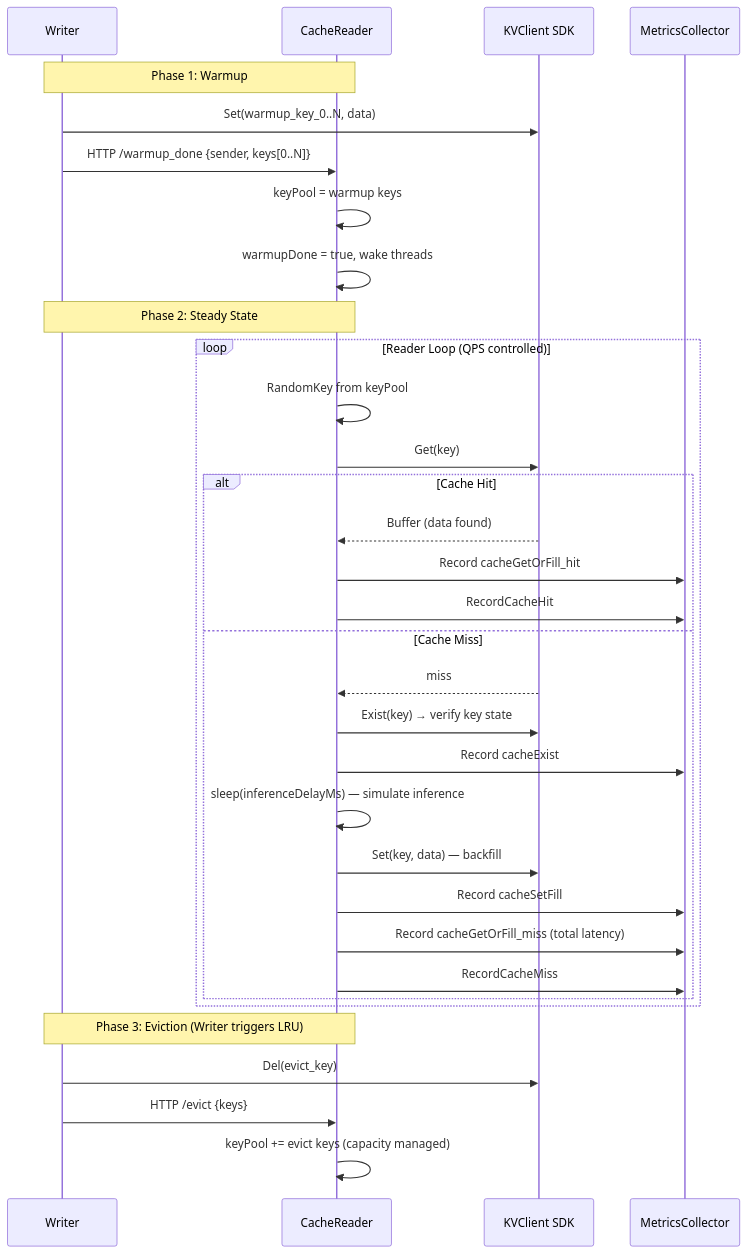
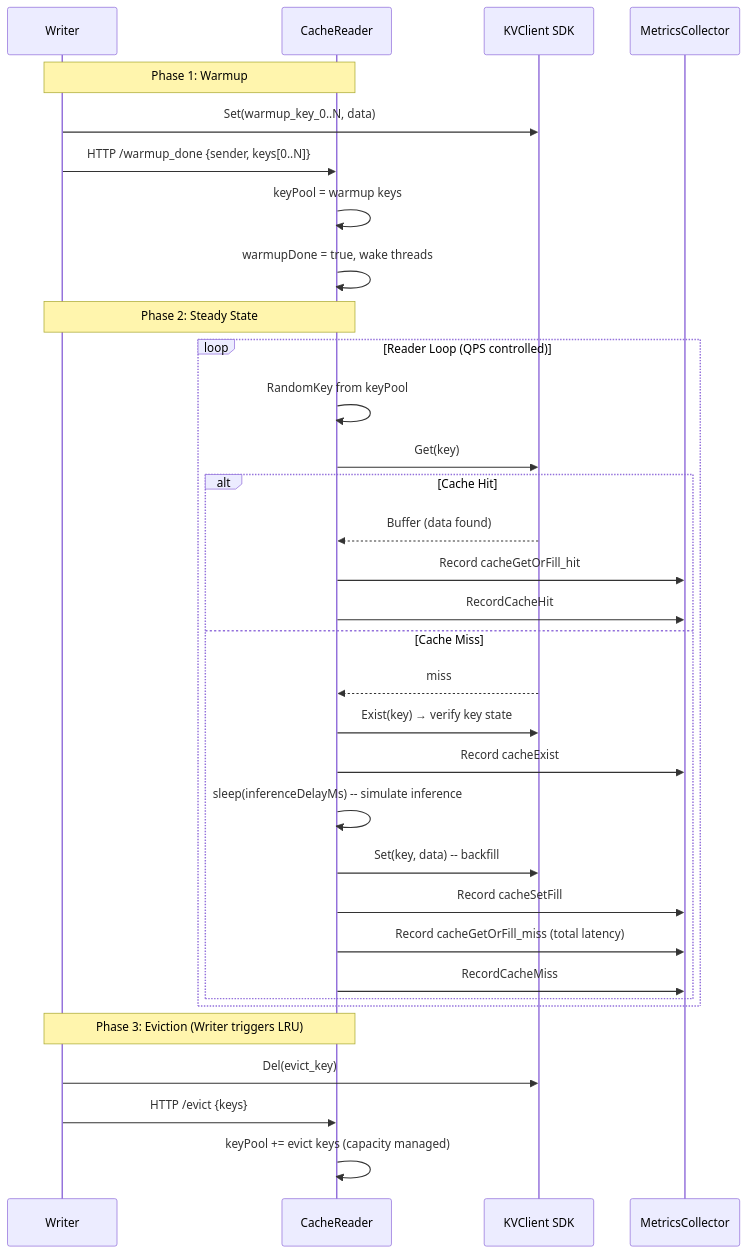
Before and after one commit to openeuler-mirror/yuanrong-datasystem: the sixth of 8 diagrams in tests/kvtest/docs/design.md, drawn with Mermaid. The commit also changed other lines of this file and 20 other files, not shown here.

````diff
--- a/tests/kvtest/docs/design.md
+++ b/tests/kvtest/docs/design.md
@@ -391,38 +392,38 @@
 ```mermaid
 sequenceDiagram
     participant W as Writer
     participant R as CacheReader
     participant SDK as KVClient SDK
     participant M as MetricsCollector
 
     Note over W,R: Phase 1: Warmup
     W->>SDK: Set(warmup_key_0..N, data)
     W->>R: HTTP /warmup_done {sender, keys[0..N]}
     R->>R: keyPool = warmup keys
     R->>R: warmupDone = true, wake threads
 
     Note over W,R: Phase 2: Steady State
     loop Reader Loop (QPS controlled)
         R->>R: RandomKey from keyPool
         R->>SDK: Get(key)
         alt Cache Hit
             SDK-->>R: Buffer (data found)
             R->>M: Record cacheGetOrFill_hit
             R->>M: RecordCacheHit
         else Cache Miss
             SDK-->>R: miss
             R->>SDK: Exist(key) → verify key state
             R->>M: Record cacheExist
-            R->>R: sleep(inferenceDelayMs) — simulate inference
-            R->>SDK: Set(key, data) — backfill
+            R->>R: sleep(inferenceDelayMs) -- simulate inference
+            R->>SDK: Set(key, data) -- backfill
             R->>M: Record cacheSetFill
             R->>M: Record cacheGetOrFill_miss (total latency)
             R->>M: RecordCacheMiss
         end
     end
 
     Note over W,R: Phase 3: Eviction (Writer triggers LRU)
     W->>SDK: Del(evict_key)
     W->>R: HTTP /evict {keys}
     R->>R: keyPool += evict keys (capacity managed)
 ```
````
